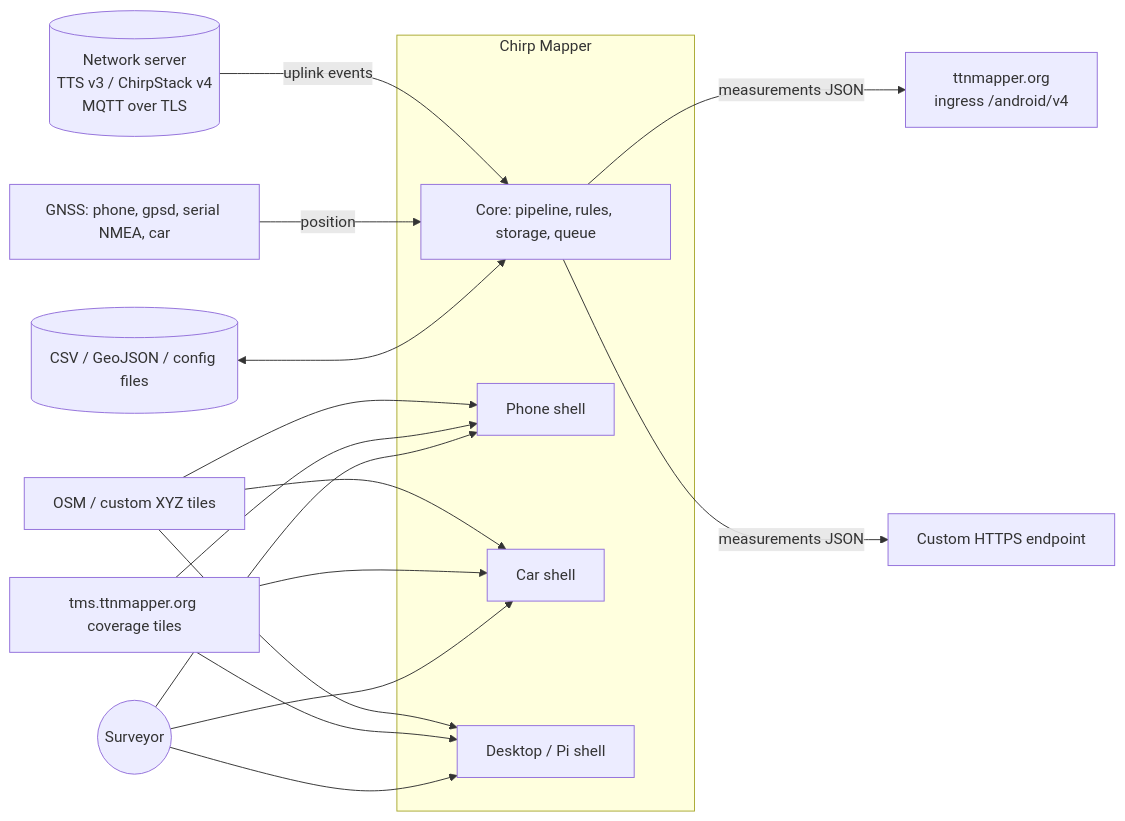
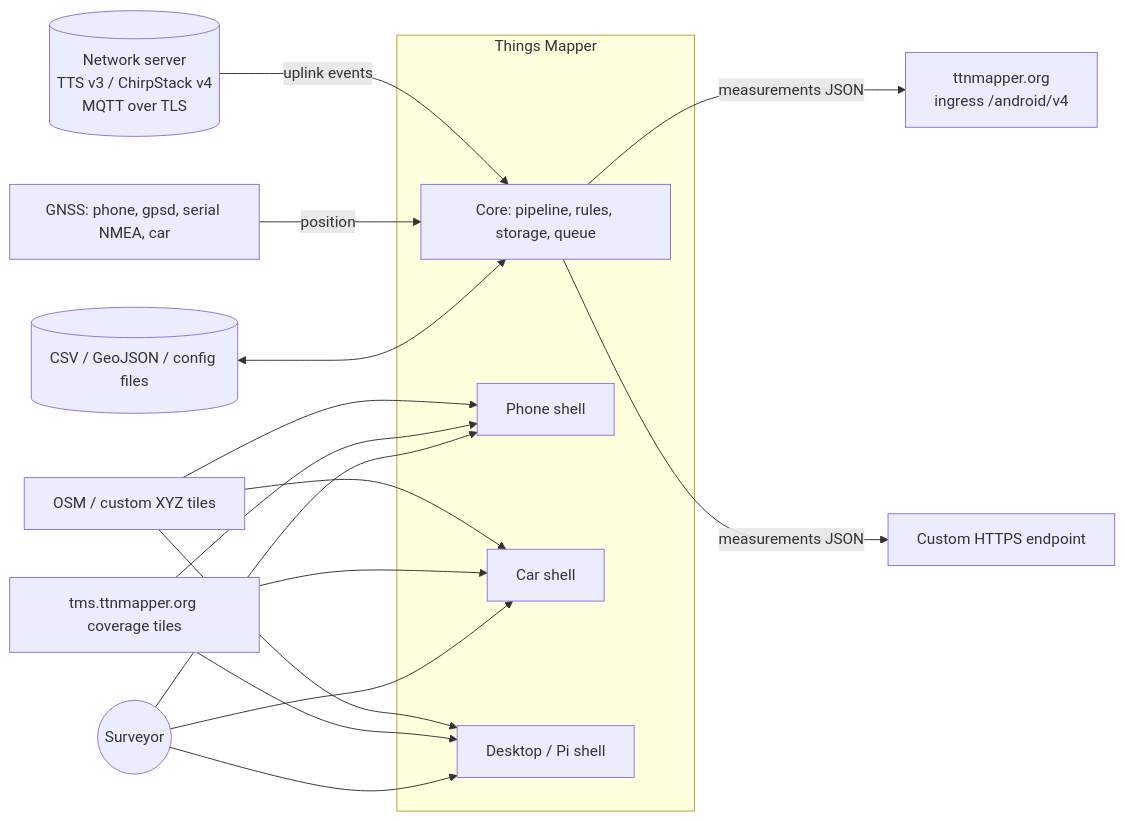
The diagram in design/02-requirements.md (pe1mew/Things-Mapper), drawn with Mermaid before and after one commit. The commit also changed other lines of this file and 25 other files, not shown here.

First line of the commit message:
docs: rename to Things Mapper; editions, licence route L-A, costs and support

````diff
--- a/design/02-requirements.md
+++ b/design/02-requirements.md
@@ -66,17 +73,17 @@
 ```mermaid
 flowchart LR
-    subgraph Chirp Mapper
+    subgraph Things Mapper
         CORE[Core: pipeline, rules, storage, queue]
         SH1[Phone shell]
         SH2[Car shell]
         SH3[Desktop / Pi shell]
     end
     NS[(Network server<br/>TTS v3 / ChirpStack v4<br/>MQTT over TLS)] -->|uplink events| CORE
     GNSS[GNSS: phone, gpsd, serial NMEA, car] -->|position| CORE
     CORE -->|measurements JSON| ING[ttnmapper.org<br/>ingress /android/v4]
     CORE -->|measurements JSON| CUST[Custom HTTPS endpoint]
     TILES[OSM / custom XYZ tiles] --> SH1 & SH2 & SH3
     COV[tms.ttnmapper.org coverage tiles] --> SH1 & SH2 & SH3
     USER((Surveyor)) --> SH1 & SH2 & SH3
     FILES[(CSV / GeoJSON / config files)] <--> CORE
 ```
````
